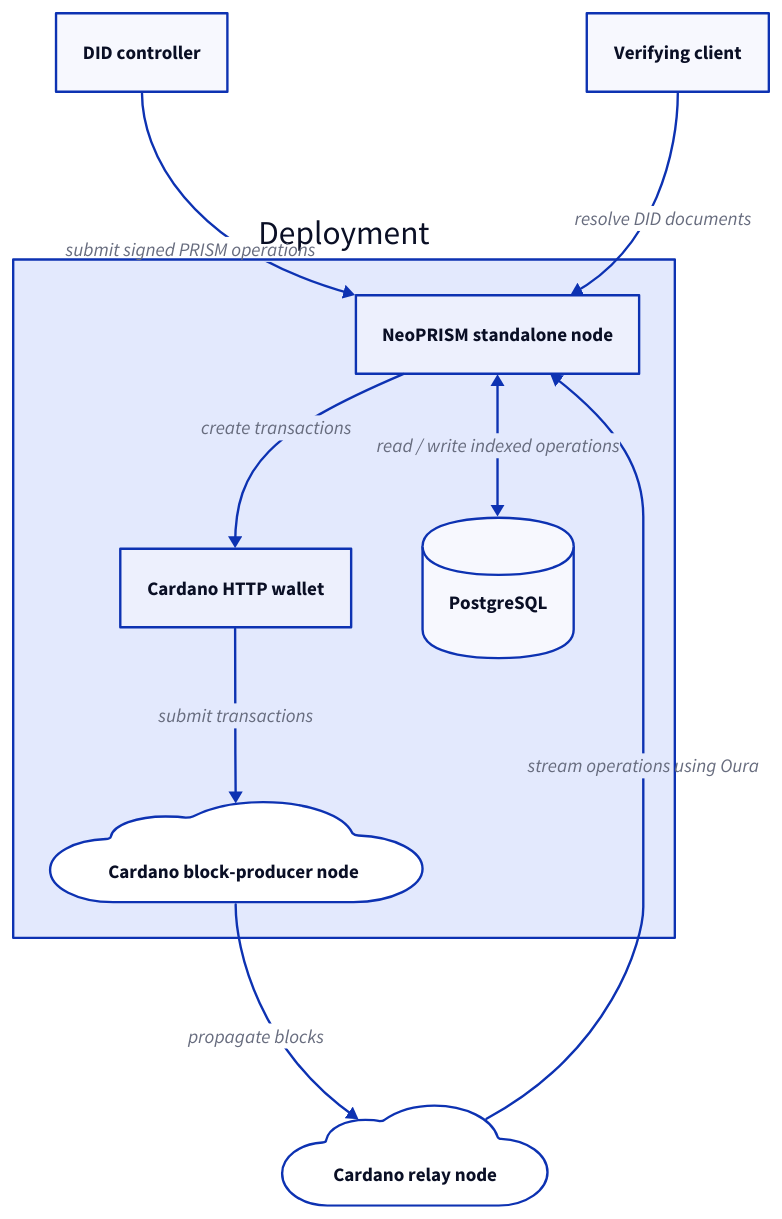
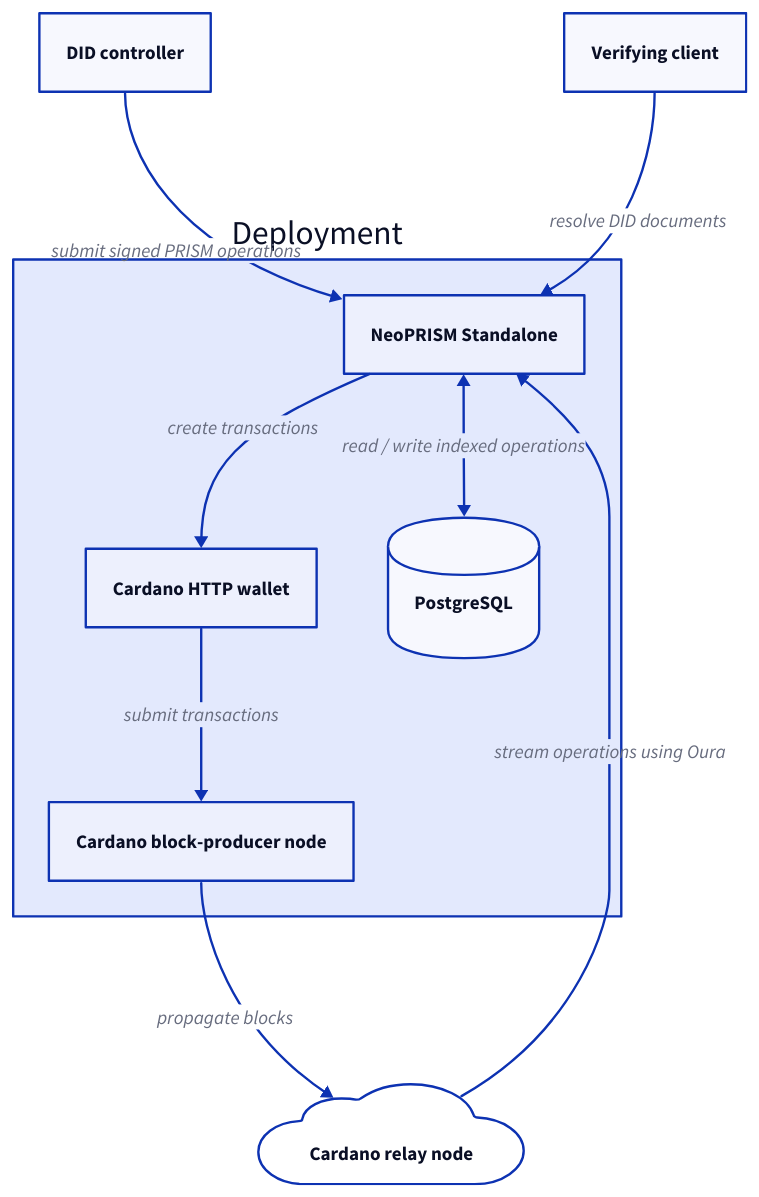
Before and after one commit to hyperledger-identus/neoprism: the first of 2 diagrams in docs/src/architecture/README.md, drawn with D2. The commit also changed other lines of this file, not shown here.

Commit message:
docs: update architecture documentation to include standalone deployment options

````diff
--- a/docs/src/architecture/README.md
+++ b/docs/src/architecture/README.md
@@ -22,27 +22,25 @@
 ```d2
 did-controller: "DID controller"
 verifier: "Verifying client"
 cardano-node: "Cardano relay node" {
   shape: cloud
 }
 
 internal: "Deployment" {
-  neoprism: "NeoPRISM standalone node"
+  neoprism: "NeoPRISM Standalone"
   cardano-wallet: "Cardano HTTP wallet"
-  cardano-blockproducer: "Cardano block-producer node" {
-    shape: cloud
-  }
+  cardano-blockproducer: "Cardano block-producer node"
   db: "PostgreSQL" {
     shape: cylinder
   }
 
   neoprism -> cardano-wallet: create transactions
   neoprism <-> db: read / write indexed operations
   cardano-wallet -> cardano-blockproducer: submit transactions
 }
 
 internal.neoprism <- cardano-node: stream operations using Oura
 did-controller -> internal.neoprism: submit signed PRISM operations
 verifier -> internal.neoprism: resolve DID documents
 internal.cardano-blockproducer -> cardano-node: propagate blocks
 ```
````
